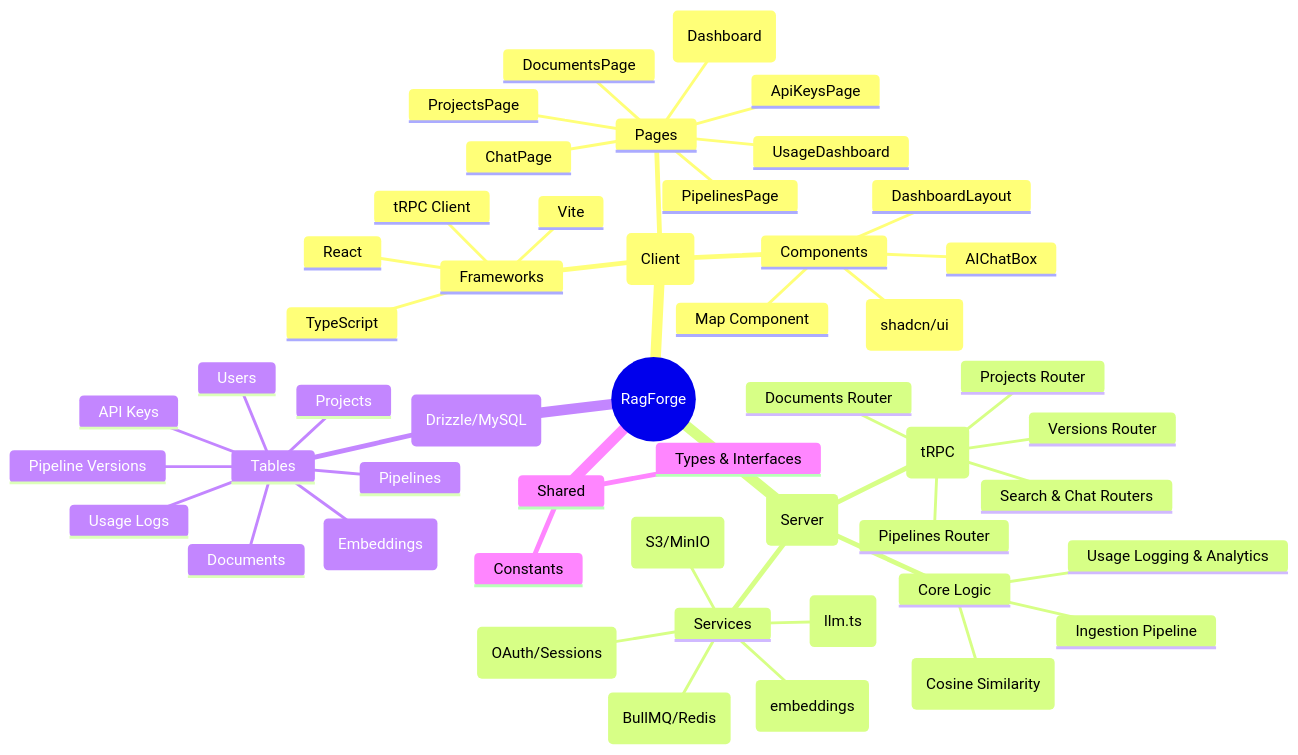
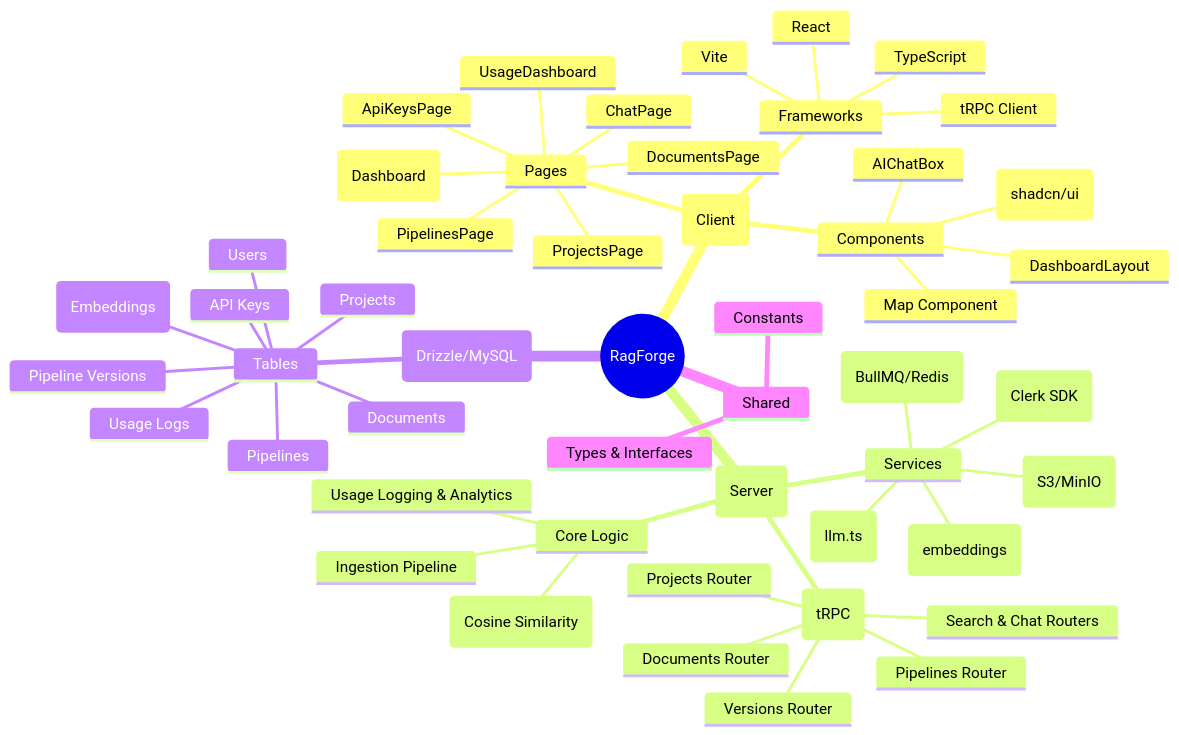
Before and after one commit to devshayan101/RAGForge: the diagram in mindmap.md, drawn with Mermaid. The commit also changed 9 other files, not shown here.

````diff
--- a/mindmap.md
+++ b/mindmap.md
@@ -3,53 +3,53 @@
 ```mermaid
 mindmap
   root((RagForge))
     Frontend (Client)
       Frameworks
         Vite
         React
         TypeScript
         tRPC Client
       Pages
         Home (Dashboard)
         ProjectsPage
         PipelinesPage
         DocumentsPage
         ChatPage
         ApiKeysPage
         UsageDashboard
       Components
         AIChatBox
         DashboardLayout
         Map Component
         UI Components (shadcn/ui)
     Backend (Server)
       API (tRPC)
         Projects Router
         Pipelines Router
         Versions Router
         Documents Router
         Search & Chat Routers
       Services
         LLM Integration (llm.ts)
         Document Processing (embeddings)
         Queue Management (BullMQ/Redis)
         Storage Service (S3/MinIO)
-        Authentication (OAuth/Sessions)
+        Authentication (Clerk SDK)
       Core Logic
         Vector Search (Cosine Similarity)
         Ingestion Pipeline
         Usage Logging & Analytics
     Database (Drizzle/MySQL)
       Tables
         Users
         Projects
         Pipelines
         Pipeline Versions
         Documents
         Chunks (Embeddings)
         API Keys
         Usage Logs
     Shared
       Types & Interfaces
       Constants
 ```
````
